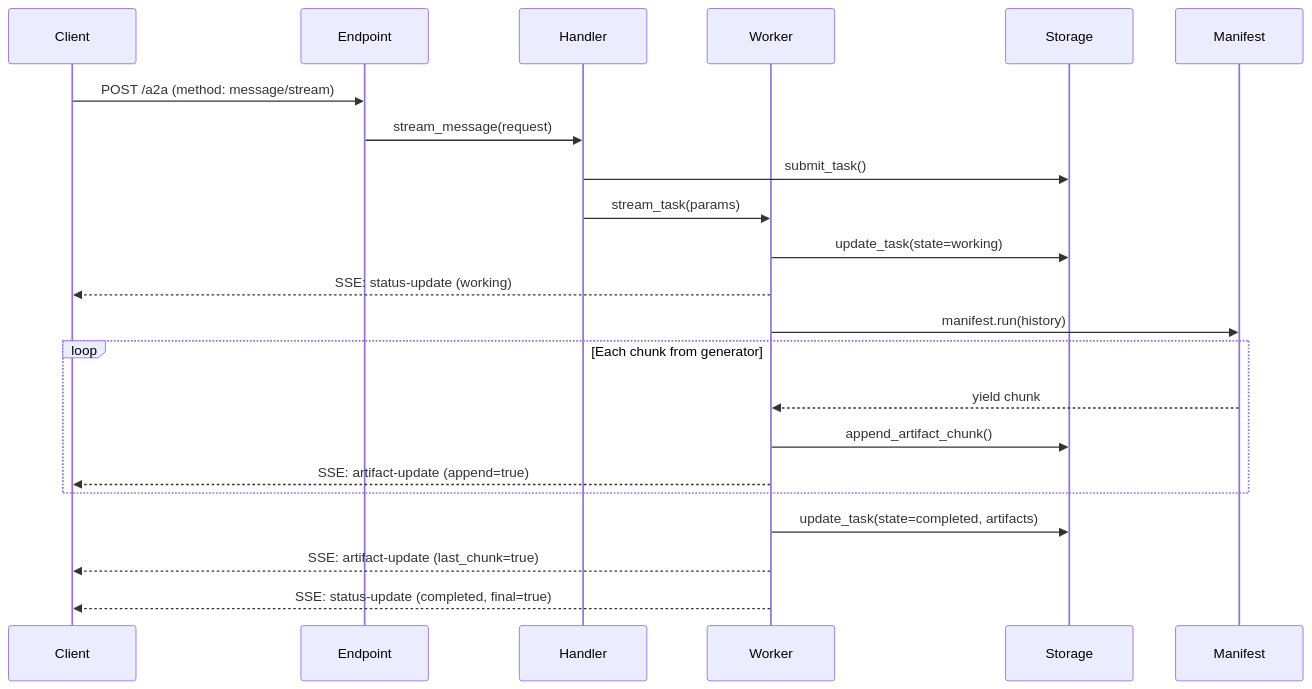
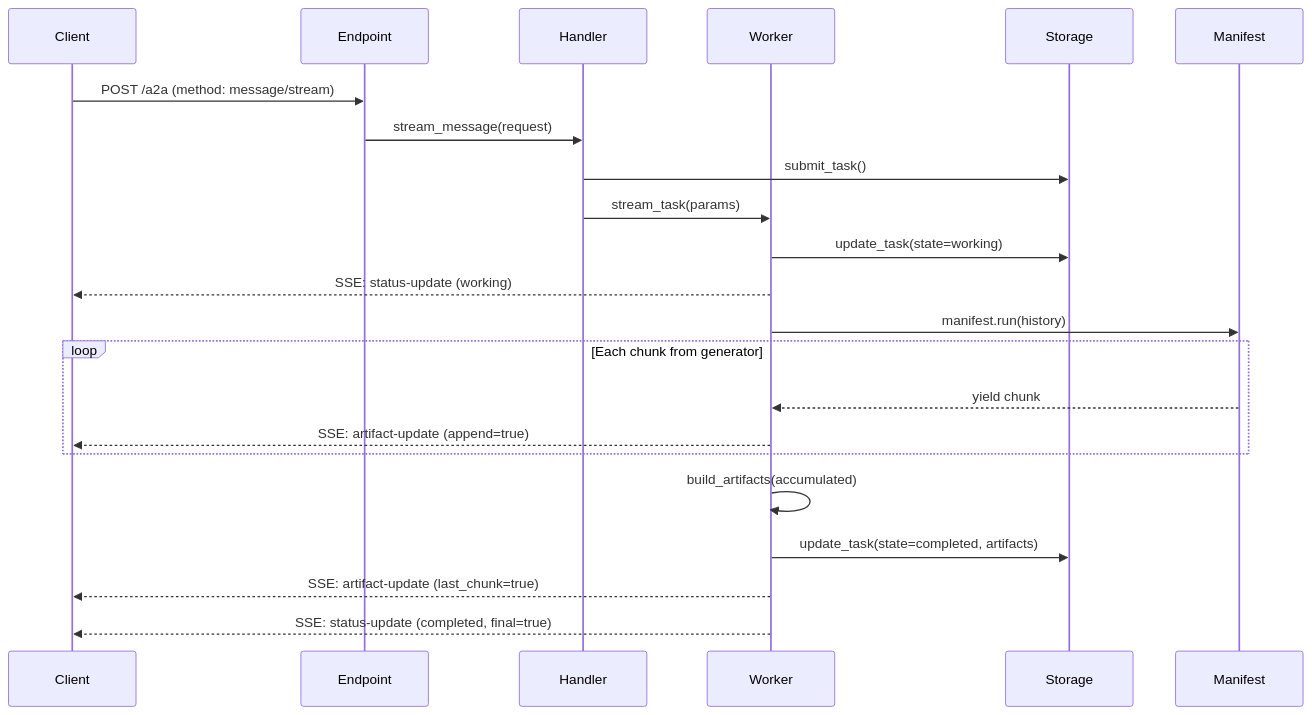
Before and after one commit to GetBindu/Bindu: the diagram in docs/STREAMING.md, drawn with Mermaid. The commit also changed other lines of this file and 2 other files, not shown here.

````diff
--- a/docs/STREAMING.md
+++ b/docs/STREAMING.md
@@ -18,28 +18,28 @@
 ```mermaid
 sequenceDiagram
     participant Client
     participant Endpoint
     participant Handler
     participant Worker
     participant Storage
     participant Manifest
 
     Client->>Endpoint: POST /a2a (method: message/stream)
     Endpoint->>Handler: stream_message(request)
     Handler->>Storage: submit_task()
     Handler->>Worker: stream_task(params)
 
     Worker->>Storage: update_task(state=working)
     Worker-->>Client: SSE: status-update (working)
 
     Worker->>Manifest: manifest.run(history)
     loop Each chunk from generator
         Manifest-->>Worker: yield chunk
-        Worker->>Storage: append_artifact_chunk()
         Worker-->>Client: SSE: artifact-update (append=true)
     end
 
+    Worker->>Worker: build_artifacts(accumulated)
     Worker->>Storage: update_task(state=completed, artifacts)
     Worker-->>Client: SSE: artifact-update (last_chunk=true)
     Worker-->>Client: SSE: status-update (completed, final=true)
 ```
````
